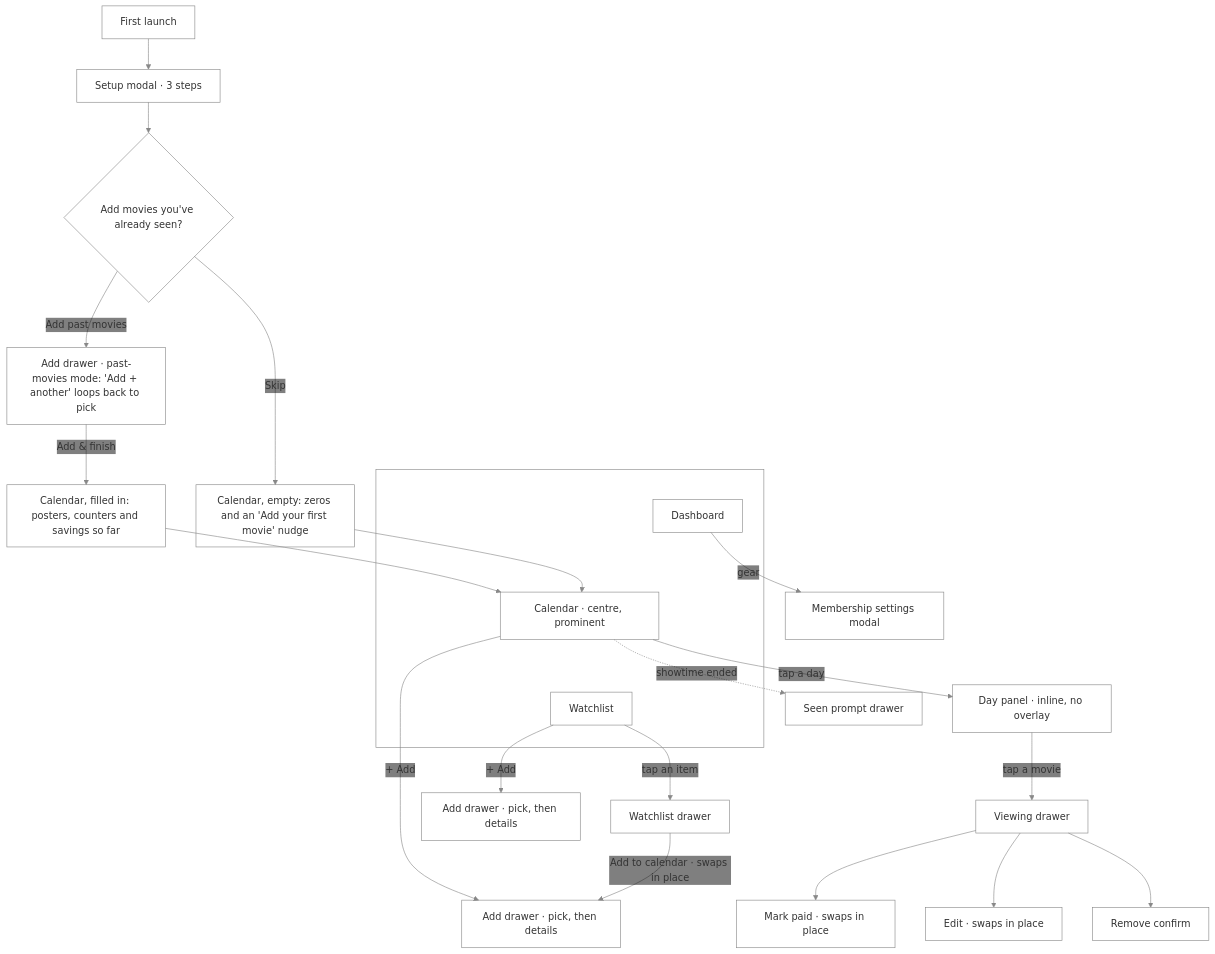
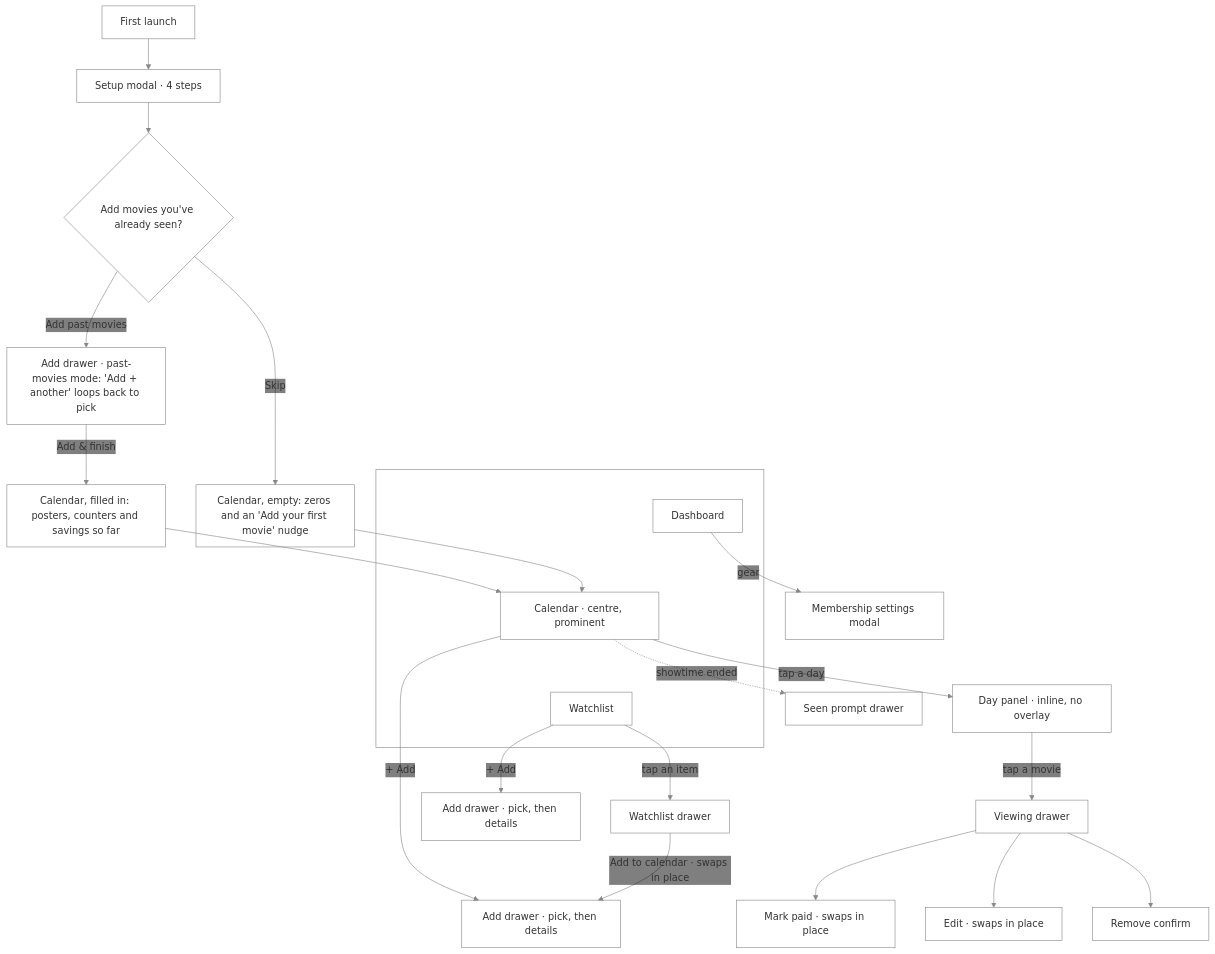
The second of 25 diagrams in src/apps/a-list/UX.md (NovaMoonX/moondreams-dev-apps), drawn with Mermaid before and after one commit. The commit also changed other lines of this file and 34 other files, not shown here.

````diff
--- a/src/apps/a-list/UX.md
+++ b/src/apps/a-list/UX.md
@@ -48,29 +48,29 @@
 ```mermaid
 %%{init: {'theme': 'base', 'themeVariables': {'primaryColor': 'transparent', 'clusterBkg': 'transparent', 'primaryBorderColor': '#888888', 'clusterBorder': '#888888', 'lineColor': '#888888', 'primaryTextColor': '#333333'}}}%%
 flowchart TD
-    A[First launch] --> B["Setup modal · 3 steps"]
+    A[First launch] --> B["Setup modal · 4 steps"]
     B --> C{"Add movies you've already seen?"}
     C -->|Add past movies| P["Add drawer · past-movies mode: 'Add + another' loops back to pick"]
     P -->|Add & finish| D1["Calendar, filled in: posters, counters and savings so far"]
     C -->|Skip| D2["Calendar, empty: zeros and an 'Add your first movie' nudge"]
     D1 --> D
     D2 --> D
     subgraph Bar["Bottom bar"]
         F[Dashboard]
         D["Calendar · centre, prominent"]
         E[Watchlist]
     end
     F ~~~ D ~~~ E
     D -->|tap a day| DP["Day panel · inline, no overlay"]
     DP -->|tap a movie| H[Viewing drawer]
     H --> I["Mark paid · swaps in place"]
     H --> J["Edit · swaps in place"]
     H --> K[Remove confirm]
     D -->|+ Add| G["Add drawer · pick, then details"]
     D -.->|showtime ended| L[Seen prompt drawer]
     E -->|+ Add| M["Add drawer · pick, then details"]
     E -->|tap an item| N[Watchlist drawer]
     N -->|Add to calendar · swaps in place| G
     F -->|gear| O[Membership settings modal]
     style Bar fill:transparent,stroke:#888888,stroke-width:1px;
 ```
````
